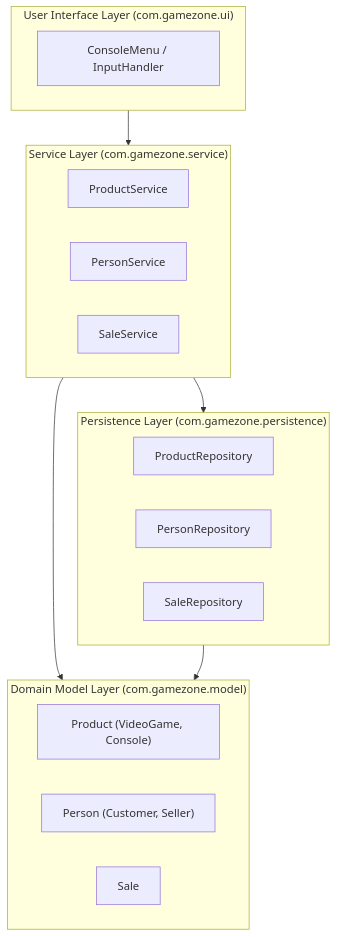
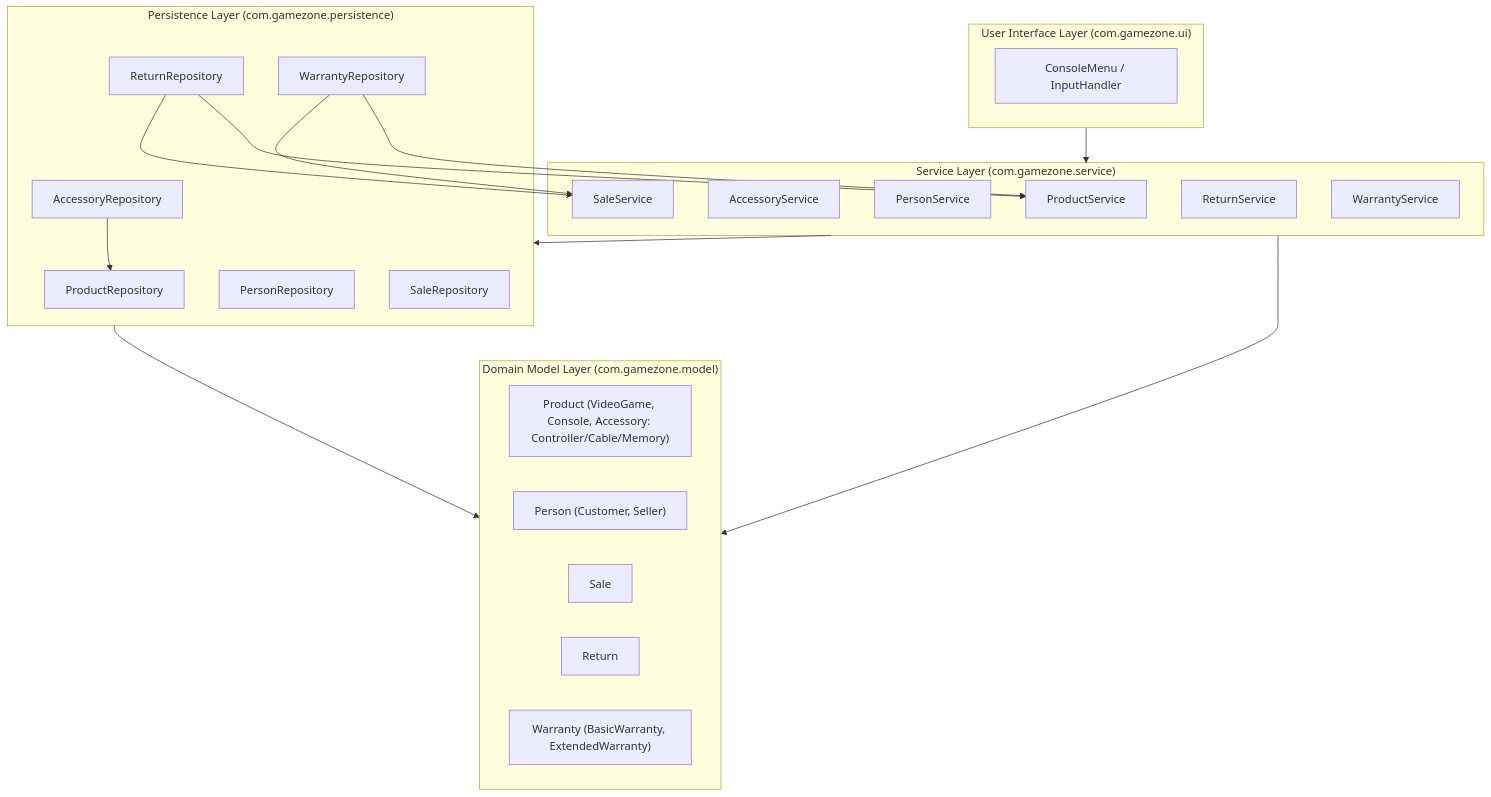
One commit to jdpinzon08/workshop-GameZoneUnicesar-mondongoCodingPROS changed the diagram in docs/layers-diagram.md. Above: the diagram before and after it, drawn with Mermaid. The commit also changed 4 other files, not shown here.

Commit message:
docs: align GameZone architecture diagrams

````diff
--- a/docs/layers-diagram.md
+++ b/docs/layers-diagram.md
@@ -3,32 +3,45 @@
 ```mermaid
 flowchart TD
     %% Layer Nodes
     subgraph UI ["User Interface Layer (com.gamezone.ui)"]
         ConsoleMenu["ConsoleMenu / InputHandler"]
     end
 
     subgraph SERVICE ["Service Layer (com.gamezone.service)"]
         ProductService["ProductService"]
+        AccessoryService["AccessoryService"]
         PersonService["PersonService"]
         SaleService["SaleService"]
+        ReturnService["ReturnService"]
+        WarrantyService["WarrantyService"]
     end
 
     subgraph PERSISTENCE ["Persistence Layer (com.gamezone.persistence)"]
         ProductRepo["ProductRepository"]
+        AccessoryRepo["AccessoryRepository"]
         PersonRepo["PersonRepository"]
         SaleRepo["SaleRepository"]
+        ReturnRepo["ReturnRepository"]
+        WarrantyRepo["WarrantyRepository"]
     end
 
     subgraph MODEL ["Domain Model Layer (com.gamezone.model)"]
-        Product["Product (VideoGame, Console)"]
+        Product["Product (VideoGame, Console, Accessory: Controller/Cable/Memory)"]
         Person["Person (Customer, Seller)"]
         Sale["Sale"]
+        Return["Return"]
+        Warranty["Warranty (BasicWarranty, ExtendedWarranty)"]
     end
 
     %% Allowed Dependency Flow
     UI --> SERVICE
     SERVICE --> PERSISTENCE
     SERVICE --> MODEL
     PERSISTENCE --> MODEL
+    AccessoryRepo --> ProductRepo
+    ReturnRepo --> SaleService
+    ReturnRepo --> ProductService
+    WarrantyRepo --> SaleService
+    WarrantyRepo --> ProductService
     
 ```
````
